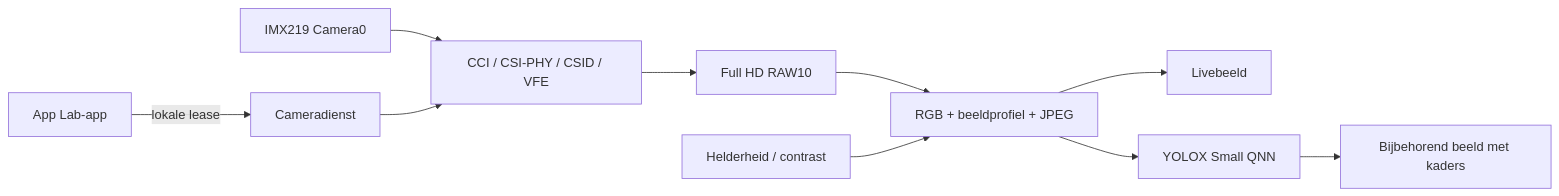
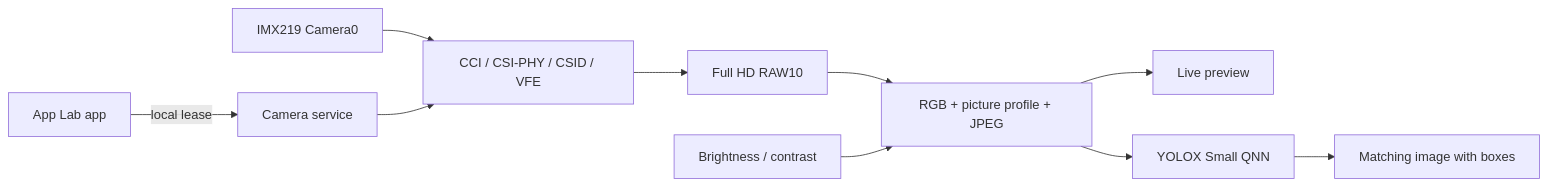
Before and after one commit to adalmolen/ventunoq-imx219: the diagram in docs/DEVELOPMENT.md, drawn with Mermaid. The commit also changed other lines of this file and 30 other files, not shown here.

````diff
--- a/docs/DEVELOPMENT.md
+++ b/docs/DEVELOPMENT.md
@@ -61,12 +60,12 @@
 ```mermaid
 flowchart LR
   Sensor[IMX219 Camera0] --> CAMSS[CCI / CSI-PHY / CSID / VFE]
   CAMSS --> RAW[Full HD RAW10]
-  RAW --> RGB[RGB + beeldprofiel + JPEG]
-  RGB --> Live[Livebeeld]
+  RAW --> RGB[RGB + picture profile + JPEG]
+  RGB --> Live[Live preview]
   RGB --> AI[YOLOX Small QNN]
-  AI --> Analysis[Bijbehorend beeld met kaders]
-  App[App Lab-app] -->|lokale lease| Manager[Cameradienst]
+  AI --> Analysis[Matching image with boxes]
+  App[App Lab app] -->|local lease| Manager[Camera service]
   Manager --> CAMSS
-  Controls[Helderheid / contrast] --> RGB
+  Controls[Brightness / contrast] --> RGB
 ```
````
